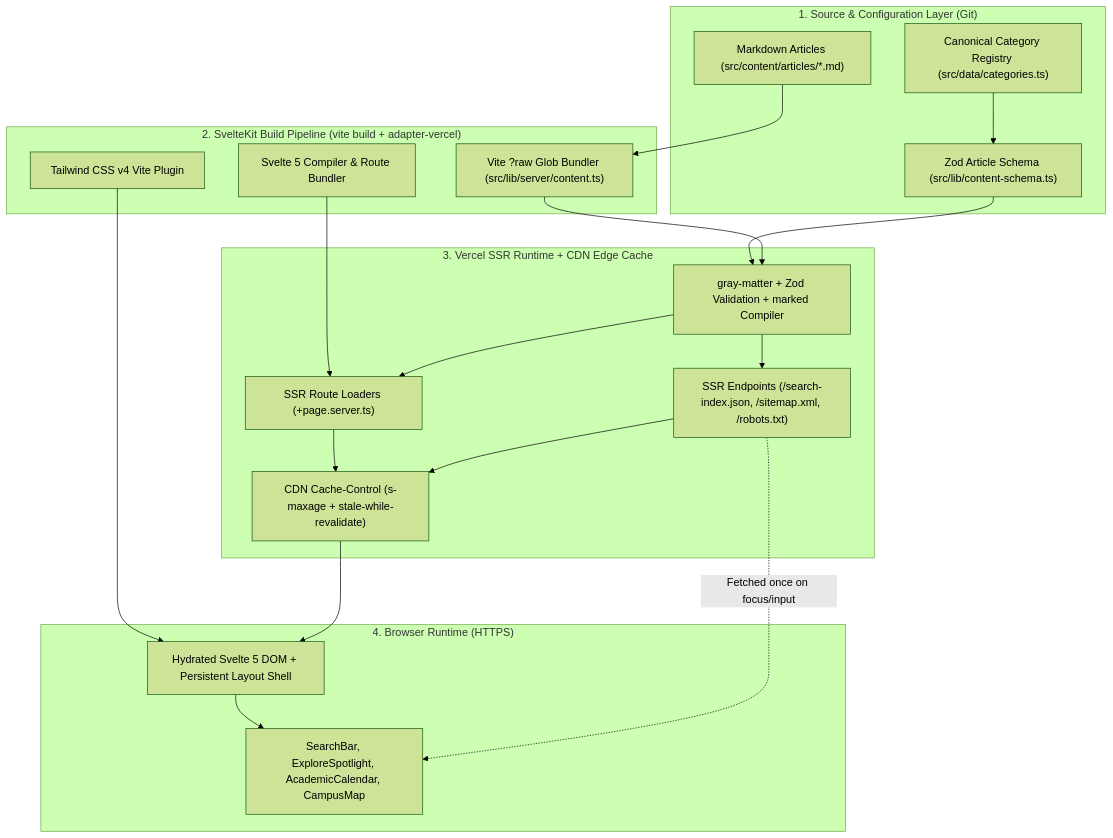
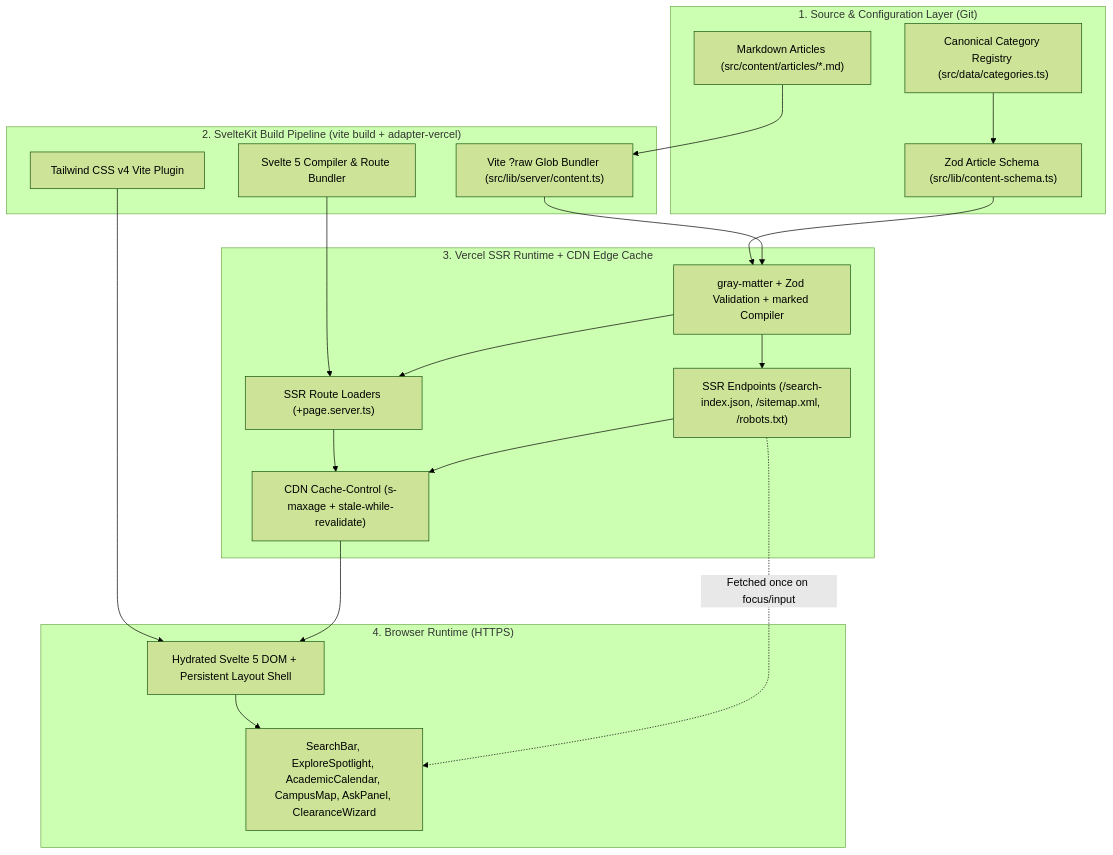
One commit to bulsutools/geary changed the first of 2 diagrams in docs/ARCHITECTURE.md. Above: the diagram before and after it, drawn with Mermaid (forest theme). The commit also changed other lines of this file and 59 other files, not shown here.

````diff
--- a/docs/ARCHITECTURE.md
+++ b/docs/ARCHITECTURE.md
@@ -33,40 +35,40 @@
 ```mermaid
 flowchart TB
     subgraph ContentConfig["1. Source & Configuration Layer (Git)"]
         MD["Markdown Articles (src/content/articles/*.md)"]
         CAT["Canonical Category Registry (src/data/categories.ts)"]
         SCHEMA["Zod Article Schema (src/lib/content-schema.ts)"]
     end
 
     subgraph BuildPipeline["2. SvelteKit Build Pipeline (vite build + adapter-vercel)"]
         GLOB["Vite ?raw Glob Bundler (src/lib/server/content.ts)"]
         SVELTE["Svelte 5 Compiler & Route Bundler"]
         TAILWIND["Tailwind CSS v4 Vite Plugin"]
     end
 
     subgraph ServerRuntime["3. Vercel SSR Runtime + CDN Edge Cache"]
         LOADER["gray-matter + Zod Validation + marked Compiler"]
         ROUTES["SSR Route Loaders (+page.server.ts)"]
         ENDPOINTS["SSR Endpoints (/search-index.json, /sitemap.xml, /robots.txt)"]
         CACHE["CDN Cache-Control (s-maxage + stale-while-revalidate)"]
     end
 
     subgraph ClientRuntime["4. Browser Runtime (HTTPS)"]
         SSR_HTML["Hydrated Svelte 5 DOM + Persistent Layout Shell"]
-        INTERACTIVE["SearchBar, ExploreSpotlight, AcademicCalendar, CampusMap"]
+        INTERACTIVE["SearchBar, ExploreSpotlight, AcademicCalendar, CampusMap, AskPanel, ClearanceWizard"]
     end
 
     MD --> GLOB
     CAT --> SCHEMA
     SCHEMA --> LOADER
     GLOB --> LOADER
     SVELTE --> ROUTES
     TAILWIND --> SSR_HTML
     LOADER --> ROUTES
     LOADER --> ENDPOINTS
     ROUTES --> CACHE
     ENDPOINTS --> CACHE
     CACHE --> SSR_HTML
     SSR_HTML --> INTERACTIVE
     ENDPOINTS -.->|"Fetched once on focus/input"| INTERACTIVE
 ```
````
